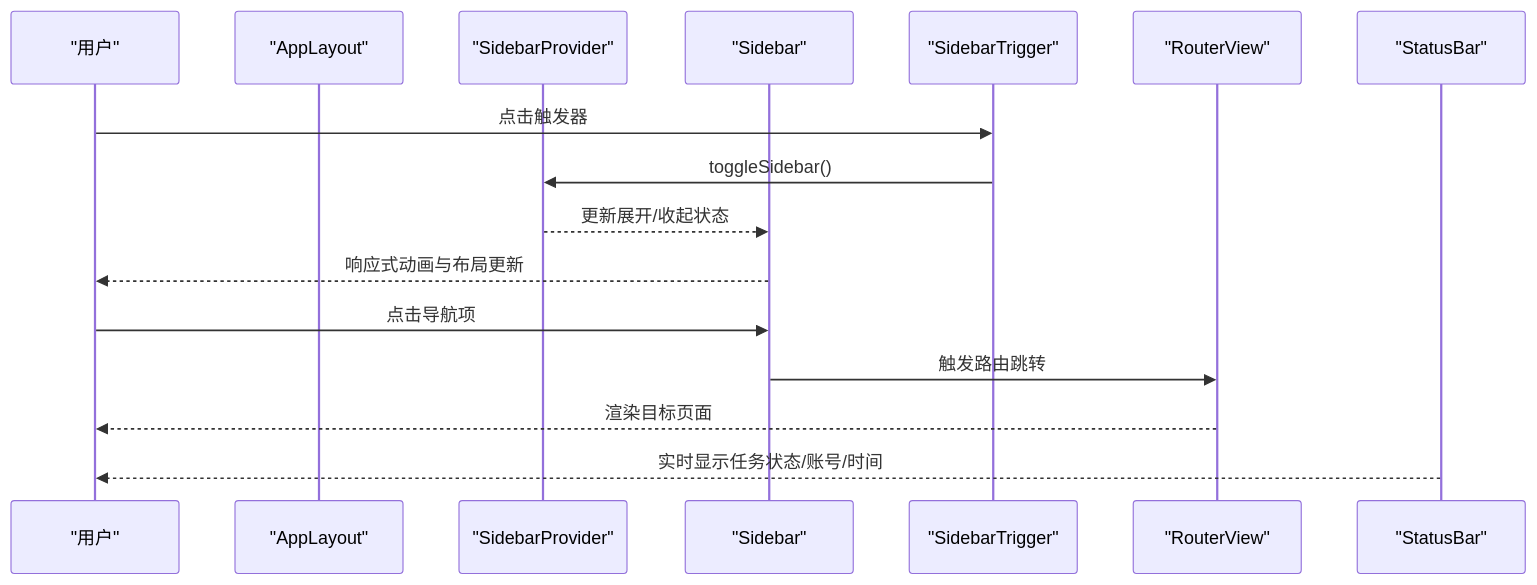
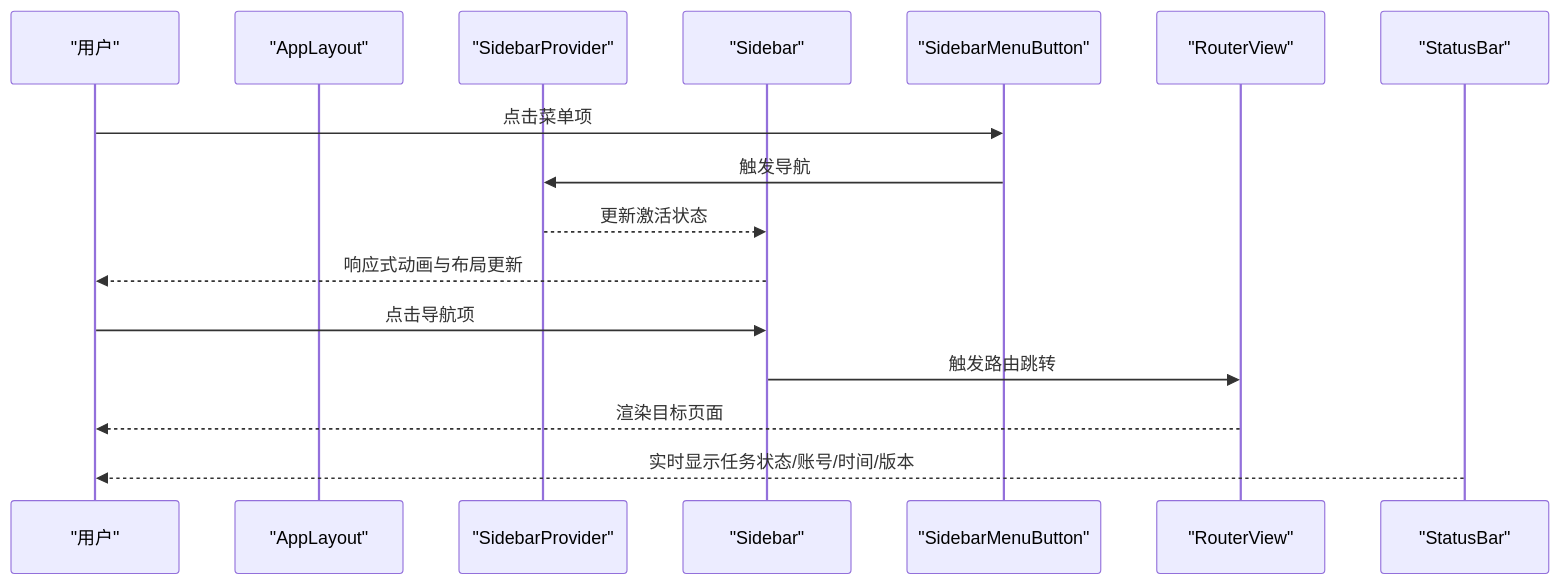
Before and after one commit to hipig/autoOps: the second of 6 diagrams in .qoder/repowiki/zh/content/前端应用/布局系统.md, drawn with Mermaid. The commit also changed other lines of this file and 37 other files, not shown here.

````diff
--- a/.qoder/repowiki/zh/content/前端应用/布局系统.md
+++ b/.qoder/repowiki/zh/content/前端应用/布局系统.md
@@ -133,18 +154,18 @@
 ```mermaid
 sequenceDiagram
 participant U as "用户"
 participant L as "AppLayout"
 participant P as "SidebarProvider"
 participant S as "Sidebar"
-participant T as "SidebarTrigger"
+participant MB as "SidebarMenuButton"
 participant R as "RouterView"
 participant ST as "StatusBar"
-U->>T : 点击触发器
-T->>P : toggleSidebar()
-P-->>S : 更新展开/收起状态
+U->>MB : 点击菜单项
+MB->>P : 触发导航
+P-->>S : 更新激活状态
 S-->>U : 响应式动画与布局更新
 U->>S : 点击导航项
 S->>R : 触发路由跳转
 R-->>U : 渲染目标页面
-ST-->>U : 实时显示任务状态/账号/时间
+ST-->>U : 实时显示任务状态/账号/时间/版本
 ```
````
